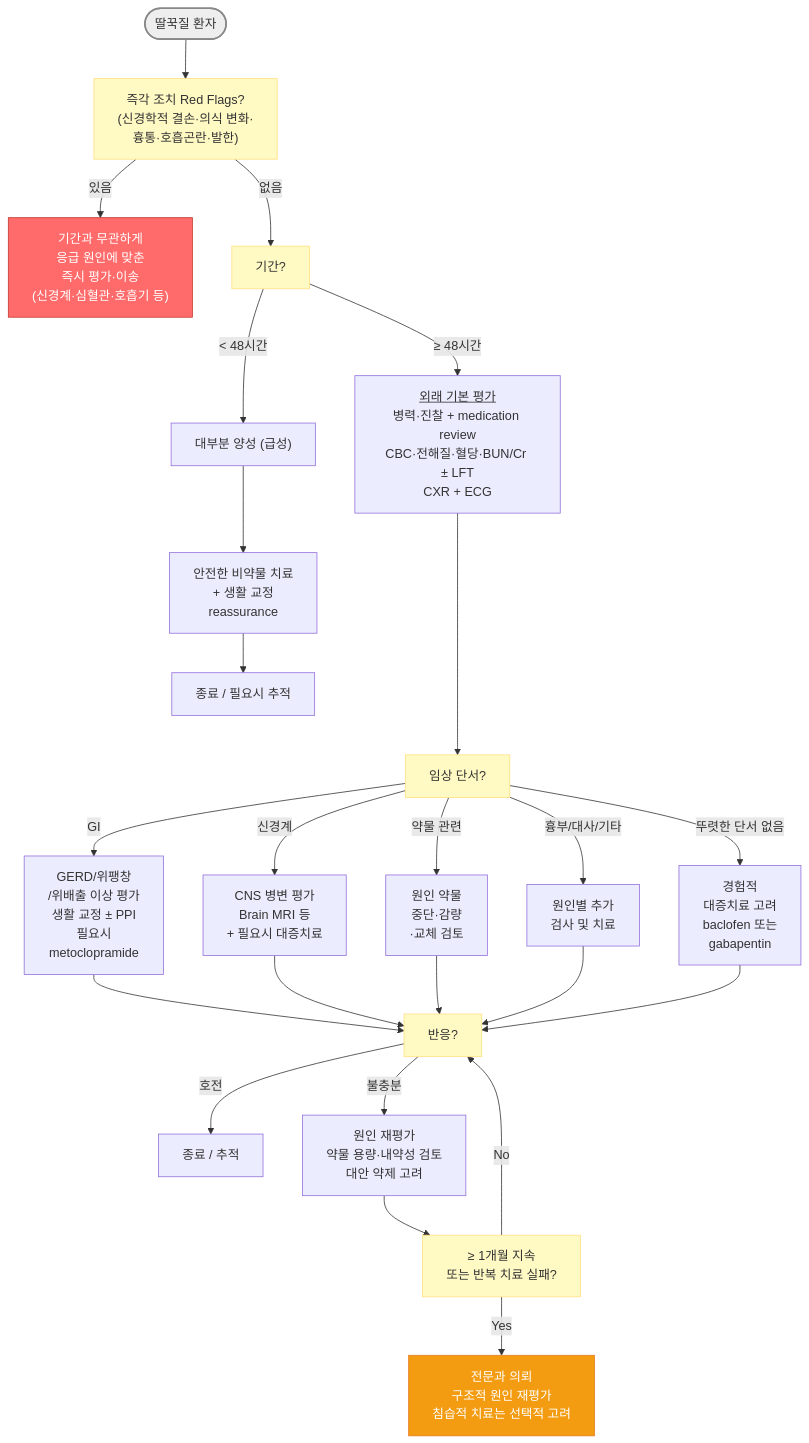
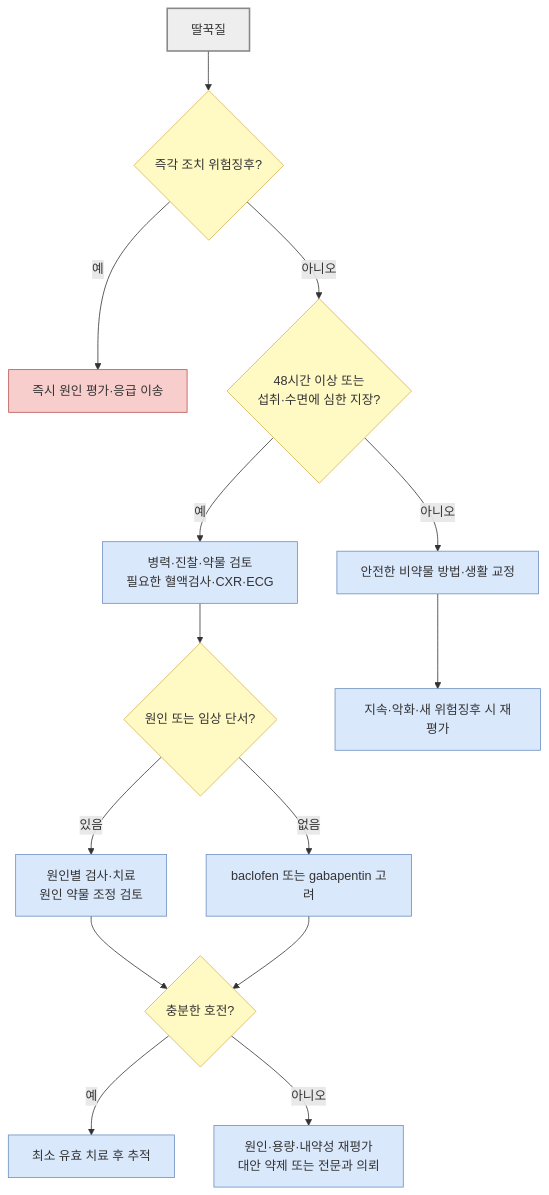
One commit to familyoh77/familyoh77 changed the diagram in 220_/010_-hiccups-singultus.md. Above: the diagram before and after it, drawn with Mermaid. The commit also changed other lines of this file and 13 other files, not shown here.

````diff
--- a/220_/010_-hiccups-singultus.md
+++ b/220_/010_-hiccups-singultus.md
@@ -115,32 +115,28 @@
 ```mermaid
-graph TD
-    A([딸꾹질 환자]) --> Z["즉각 조치 Red Flags?<br/>(신경학적 결손·의식 변화·<br/>흉통·호흡곤란·발한)"]
-    Z -->|있음| G["기간과 무관하게<br/>응급 원인에 맞춘 <br/>즉시 평가·이송<br/>(신경계·심혈관·호흡기 등)"]
-    Z -->|없음| B[기간?]
-    B -->|"< 48시간"| C["대부분 양성 (급성)"]
-    C --> D["안전한 비약물 치료 <br/>+ 생활 교정<br/>reassurance"]
-    D --> E[종료 / 필요시 추적]
-    B -->|"≥ 48시간"| H["<u>외래 기본 평가</u><br/>병력·진찰 + medication review<br/>CBC·전해질·혈당·BUN/Cr <br/>± LFT<br/>CXR + ECG"]
-    H ----> I[임상 단서?]
-    I -->|GI| J["GERD/위팽창<br/>/위배출 이상 평가<br/>생활 교정 ± PPI<br/>필요시 <br/>metoclopramide"]
-    I -->|신경계| K["CNS 병변 평가<br/>Brain MRI 등<br/>+ 필요시 대증치료"]
-    I -->|약물 관련| L["원인 약물 <br/>중단·감량<br/>·교체 검토"]
-    I -->|흉부/대사/기타| M["원인별 추가 <br/>검사 및 치료"]
-    I -->|뚜렷한 단서 없음| N["경험적 <br/>대증치료 고려<br/>baclofen 또는<br/> gabapentin"]
-    J --> O[반응?]
-    K --> O
-    L --> O
-    M --> O
-    N --> O
-    O -->|호전| P[종료 / 추적]
-    O -->|불충분| Q["원인 재평가<br/>약물 용량·내약성 검토<br/>대안 약제 고려"]
-    Q --> R["≥ 1개월 지속<br/>또는 반복 치료 실패?"]
-    R -->|Yes| S["전문과 의뢰<br/>구조적 원인 재평가<br/>침습적 치료는 선택적 고려"]
-    R -->|No| O
-    style A fill:#eeeeee,stroke:#888888,stroke-width:2px
-    style G fill:#ff6b6b,stroke:#c0392b,color:#fff
-    style S fill:#f39c12,stroke:#e67e22,color:#fff
-
-classDef yellow fill:#fff9c4,stroke:#ffe082
-class I,O,R,Z,B yellow
+flowchart TD
+    A["딸꾹질"] --> B{"즉각 조치 위험징후?"}
+    B -- "예" --> C["즉시 원인 평가·응급 이송"]
+    B -- "아니오" --> D{"`48시간 이상 또는
+섭취·수면에 심한 지장?`"}
+    D -- "아니오" --> E["안전한 비약물 방법·생활 교정"]
+    D -- "예" --> F["`병력·진찰·약물 검토
+필요한 혈액검사·CXR·ECG`"]
+    F --> G{"원인 또는 임상 단서?"}
+    G -- "있음" --> H["`원인별 검사·치료
+원인 약물 조정 검토`"]
+    G -- "없음" --> I["baclofen 또는 gabapentin 고려"]
+    H --> J{"충분한 호전?"}
+    I --> J
+    J -- "예" --> K["최소 유효 치료 후 추적"]
+    J -- "아니오" --> L["`원인·용량·내약성 재평가
+대안 약제 또는 전문과 의뢰`"]
+    E --> M["지속·악화·새 위험징후 시 재평가"]
+    classDef start fill:#eee,stroke:#888,stroke-width:2px
+    classDef decision fill:#fff9c4,stroke:#d6b656
+    classDef emergency fill:#f8cecc,stroke:#b85450
+    classDef treatment fill:#dae8fc,stroke:#6c8ebf
+    class A start
+    class B,D,G,J decision
+    class C emergency
+    class E,F,H,I,K,L,M treatment
 ```
````
